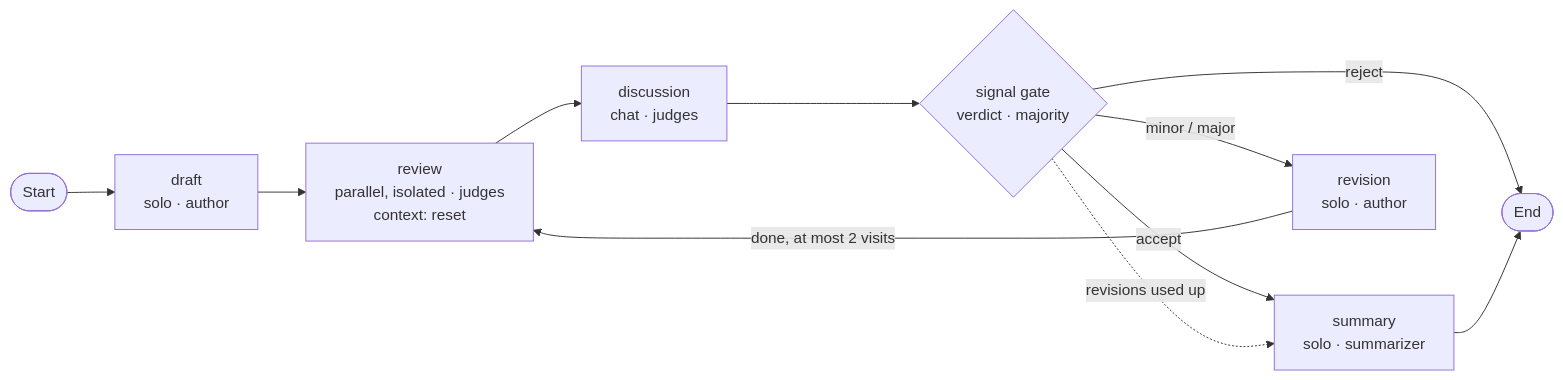
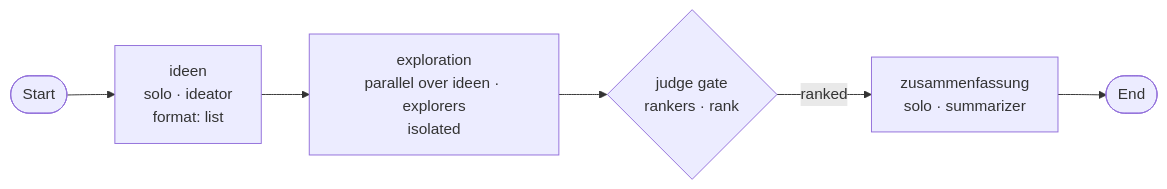
Before and after one commit to LinoBugia/agentic-research-runner: the fourth of 6 diagrams in docs/research-groups.md, drawn with Mermaid. The commit also changed other lines of this file and 2 other files, not shown here.

First line of the commit message:
Doku: Start-Skills als Phasen, moderated, privater Kanal

````diff
--- a/docs/research-groups.md
+++ b/docs/research-groups.md
@@ -275,13 +297,8 @@
 ```mermaid
 flowchart LR
-  S(["Start"]) --> V["draft<br/>solo · author"]
-  V --> R["review<br/>parallel, isolated · judges<br/>context: reset"]
-  R --> D["discussion<br/>chat · judges"]
-  D --> G{"signal gate<br/>verdict · majority"}
-  G -->|accept| Z["summary<br/>solo · summarizer"]
-  G -->|"minor / major"| X["revision<br/>solo · author"]
-  G -->|reject| E(["End"])
-  G -.->|"revisions used up"| Z
-  X -->|"done, at most 2 visits"| R
-  Z --> E
+  S(["Start"]) --> I["ideen<br/>solo · ideator<br/>format: list"]
+  I --> X["exploration<br/>parallel over ideen · explorers<br/>isolated"]
+  X --> G{"judge gate<br/>rankers · rank"}
+  G -->|ranked| Z["zusammenfassung<br/>solo · summarizer"]
+  Z --> E(["End"])
 ```
````
